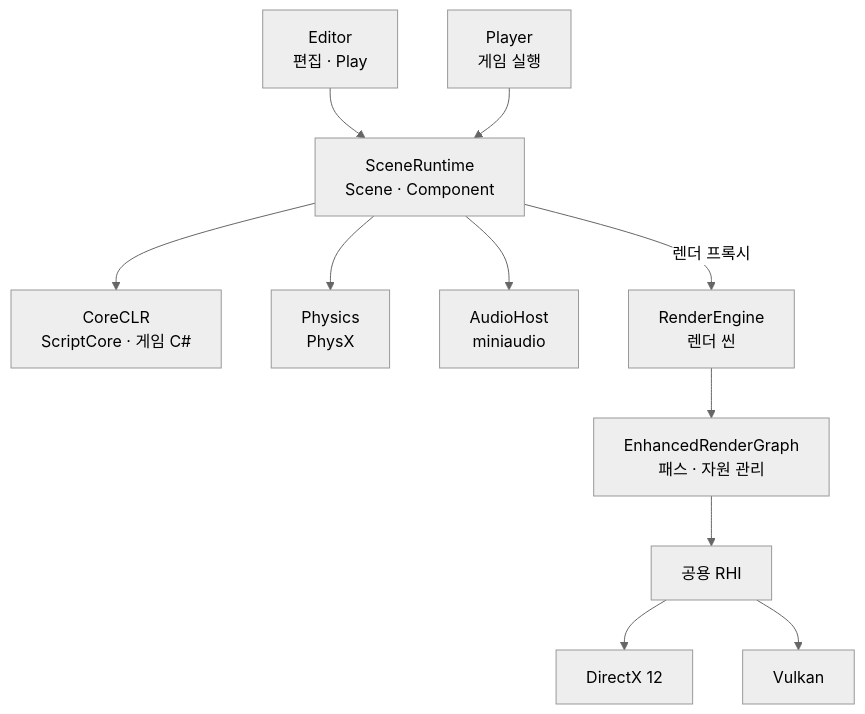
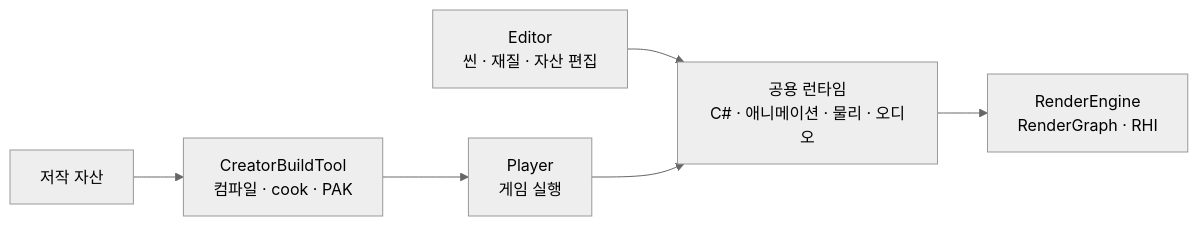
One commit to 29thnight/CreatorEngine changed the diagram in README.md. Above: the diagram before and after it, drawn with Mermaid (neutral theme). The commit also changed other lines of this file and 5 other files, not shown here.

````diff
--- a/README.md
+++ b/README.md
@@ -38,13 +76,8 @@
 ```mermaid
-flowchart TB
-    Editor["Editor<br/>편집 · Play"] --> Runtime["SceneRuntime<br/>Scene · Component"]
+flowchart LR
+    Editor["Editor<br/>씬 · 재질 · 자산 편집"] --> Runtime["공용 런타임<br/>C# · 애니메이션 · 물리 · 오디오"]
     Player["Player<br/>게임 실행"] --> Runtime
-    Runtime --> Scripts["CoreCLR<br/>ScriptCore · 게임 C#"]
-    Runtime --> Physics["Physics<br/>PhysX"]
-    Runtime --> Audio["AudioHost<br/>miniaudio"]
-    Runtime -->|렌더 프록시| Renderer["RenderEngine<br/>렌더 씬"]
-    Renderer --> Graph["EnhancedRenderGraph<br/>패스 · 자원 관리"]
-    Graph --> RHI["공용 RHI"]
-    RHI --> DX12["DirectX 12"]
-    RHI --> Vulkan["Vulkan"]
+    Runtime --> Render["RenderEngine<br/>RenderGraph · RHI"]
+    Assets["저작 자산"] --> Build["CreatorBuildTool<br/>컴파일 · cook · PAK"]
+    Build --> Player
 ```
````
